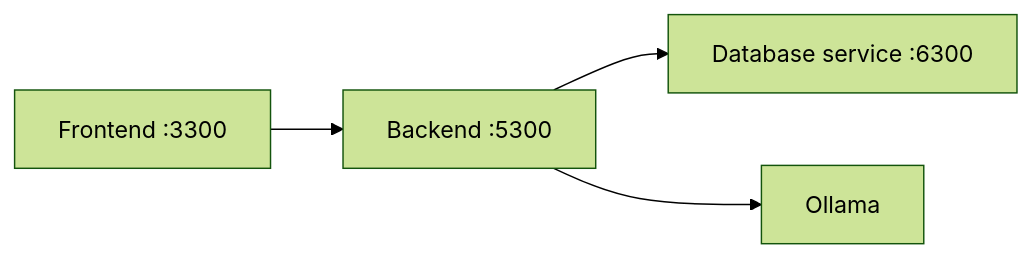
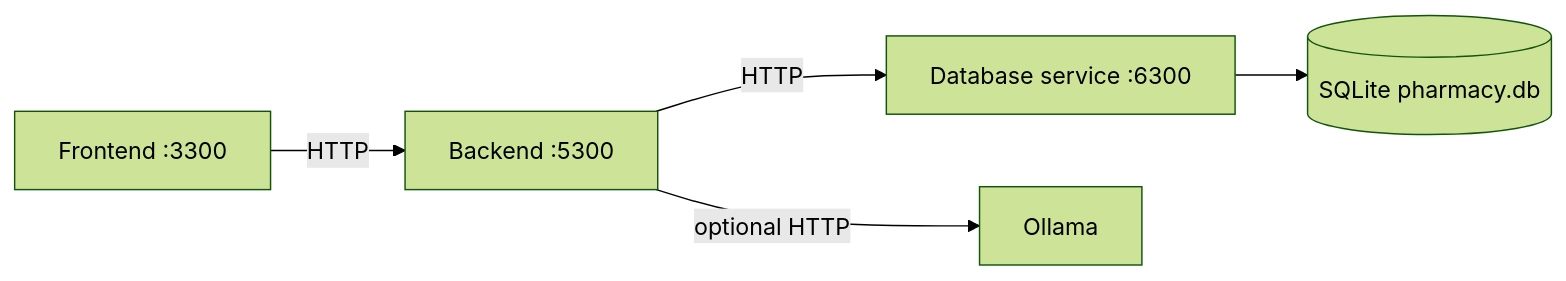
The diagram in student-3/backend/README.md (jaeyunjks/hospital-operations-management-system), drawn with Mermaid (forest theme) before and after one commit. The commit also changed other lines of this file and 2 other files, not shown here.

Commit message:
feat: Update README documentation for backend, database, and frontend services; enhance architecture diagrams, tech stack details, and local running instructions

````diff
--- a/student-3/backend/README.md
+++ b/student-3/backend/README.md
@@ -5,6 +7,7 @@
 ```mermaid
 flowchart LR
-  UI[Frontend :3300] --> API[Backend :5300]
-  API --> DB[Database service :6300]
-  API --> Ollama[Ollama]
+  F[Frontend :3300] -->|HTTP| B[Backend :5300]
+  B -->|HTTP| D[Database service :6300]
+  D --> S[(SQLite pharmacy.db)]
+  B -->|optional HTTP| O[Ollama]
 ```
````
